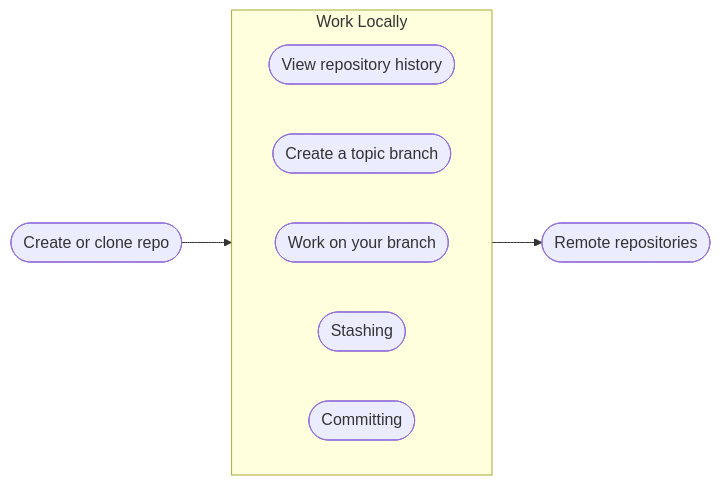
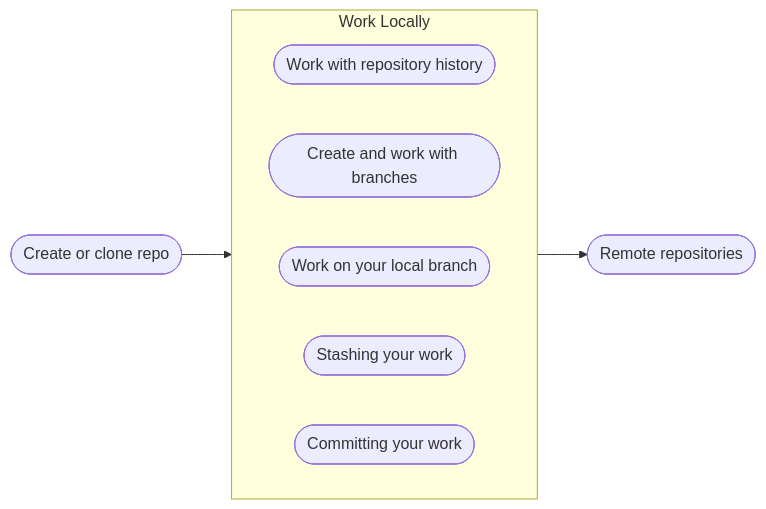
One commit to xcomfan/xcomfan.github.io changed the diagram in gitref/gitref.md. Above: the diagram before and after it, drawn with Mermaid. The commit also changed 21 other files, not shown here.

```diff
--- a/gitref/gitref.md
+++ b/gitref/gitref.md
@@ -15,28 +15,28 @@
 {% mermaid %}
  flowchart LR
     
     subgraph work_local_sub [Work Locally]
         direction LR
-        history([View repository history])
-        branching([Create a topic branch])
-        work([Work on your branch])
-        stashing([Stashing])
-        commit([Committing])
+        history([Work with repository history])
+        branching([Create and work with branches])
+        work([Work on your local branch])
+        stashing([Stashing your work])
+        commit([Committing your work])
     end
 
     init([Create or clone repo])
     
     remotes([Remote repositories])
     
     click init "{% link gitref/init.md %}"
+    click history "{% link gitref/repo_history/repo_history.md %}"
     click branching "{% link gitref/branching/branching.md %}"
-    click work "{% link gitref/work.md %}"
+    click work "{% link gitref/work/work.md %}"
     click stashing "{% link gitref/stashing.md %}"
-    click history "{% link gitref/repo_history/repo_history.md %}"
-    click commit "{% link gitref/commit.md %}"
+    click commit "{% link gitref/committing/commit.md %}"
     click remotes "{% link gitref/remotes.md%}"
 
     init-->work_local_sub
     work_local_sub-->remotes
     
 {% endmermaid %}
```
